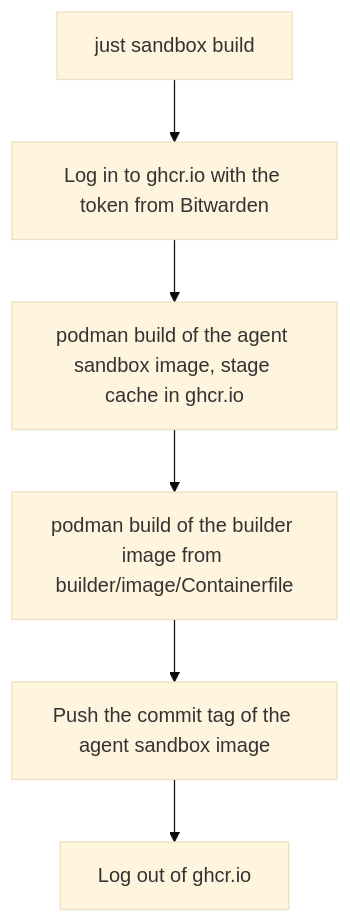
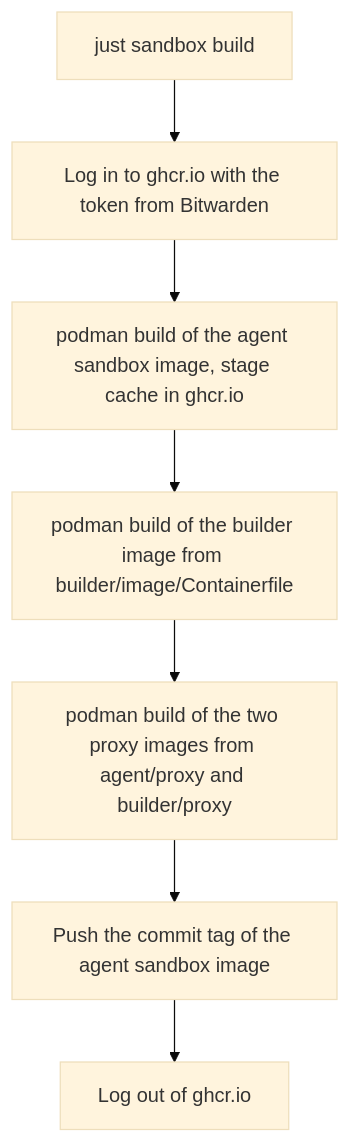
The third of 7 diagrams in .sandbox/docs/internals.md (raghav19/engineersdaybook), drawn with Mermaid (base theme) before and after one commit. The commit also changed other lines of this file and 31 other files, not shown here.

````diff
--- a/.sandbox/docs/internals.md
+++ b/.sandbox/docs/internals.md
@@ -107,8 +99,9 @@
 ```mermaid
 flowchart TD
     A["just sandbox build"] --> B["Log in to ghcr.io with the token from Bitwarden"]
     B --> C["podman build of the agent sandbox image, stage cache in ghcr.io"]
     C --> D["podman build of the builder image from builder/image/Containerfile"]
-    D --> E["Push the commit tag of the agent sandbox image"]
+    D --> P["podman build of the two proxy images from agent/proxy and builder/proxy"]
+    P --> E["Push the commit tag of the agent sandbox image"]
     E --> F["Log out of ghcr.io"]
 ```
````
